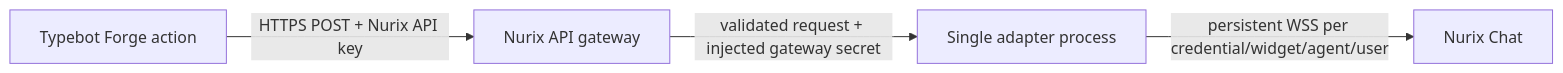
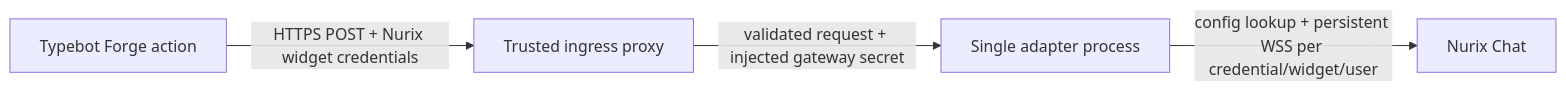
Before and after one commit to jomashopio/nurix-typebot-adapter: the diagram in README.md, drawn with Mermaid. The commit also changed other lines of this file and 20 other files, not shown here.

````diff
--- a/README.md
+++ b/README.md
@@ -12,6 +12,6 @@
 ```mermaid
 flowchart LR
-  T["Typebot Forge action"] -->|"HTTPS POST + Nurix API key"| G["Nurix API gateway"]
+  T["Typebot Forge action"] -->|"HTTPS POST + Nurix widget credentials"| G["Trusted ingress proxy"]
   G -->|"validated request + injected gateway secret"| A["Single adapter process"]
-  A -->|"persistent WSS per credential/widget/agent/user"| N["Nurix Chat"]
+  A -->|"config lookup + persistent WSS per credential/widget/user"| N["Nurix Chat"]
 ```
````
